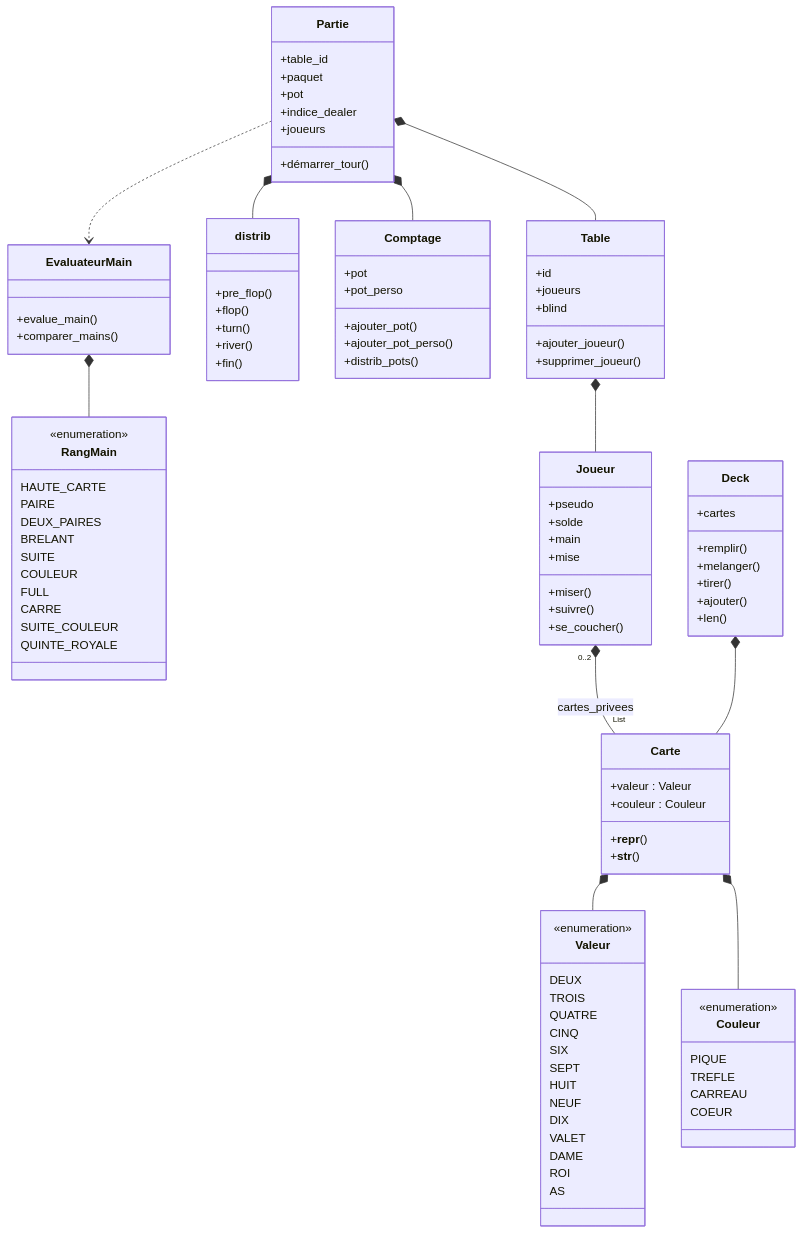
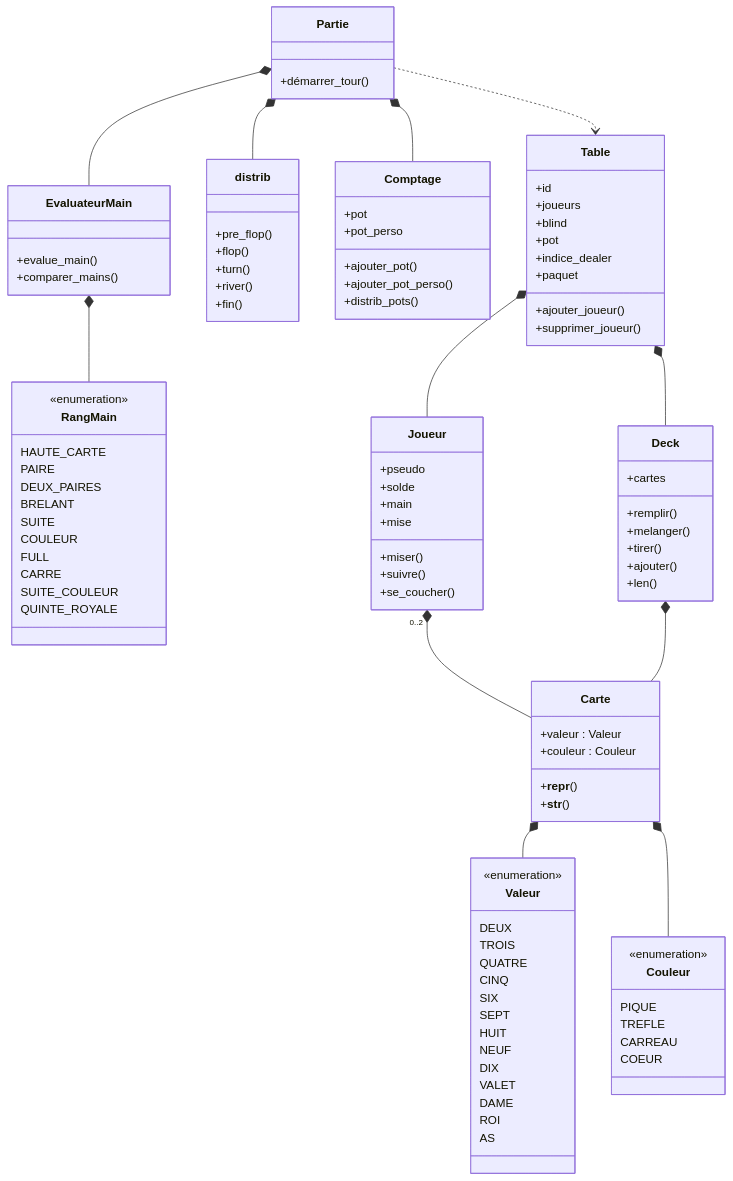
One commit to ArthurD19/ENSAI-2A-projet-info-groupe-9 changed the first of 2 diagrams in doc/diag_classes.md. Above: the diagram before and after it, drawn with Mermaid. The commit also changed other lines of this file and 3 other files, not shown here.

````diff
--- a/doc/diag_classes.md
+++ b/doc/diag_classes.md
@@ -87,16 +87,14 @@
         +id
         +joueurs
         +blind
+        +pot
+        +indice_dealer
+        +paquet
         +ajouter_joueur()
         +supprimer_joueur()
     }
 
     class Partie {
-        +table_id
-        +paquet
-        +pot
-        +indice_dealer
-        +joueurs
         +démarrer_tour()
     }
 
@@ -121,17 +119,18 @@
         +comparer_mains()
     }
 
-    %% Relations
-    EvaluateurMain *-- RangMain
+    %% Relations / hiérarchies
     Carte *-- Valeur
     Carte *-- Couleur
-    Partie *-- Table
-    Partie *-- distrib 
+    Joueur "0..2" *-- Carte
+    Deck *-- Carte
+    Table *-- Joueur
+    Table *-- Deck
+    Partie *-- distrib
     Partie *-- Comptage
-    Partie ..> EvaluateurMain
-    Table *-- Joueur
-    Joueur "0..2" *-- "List<Carte>" Carte : cartes_privees
-    Deck *-- Carte
+    Partie *-- EvaluateurMain
+    Partie ..> Table
+    EvaluateurMain *-- RangMain
 
 
 ```
````
